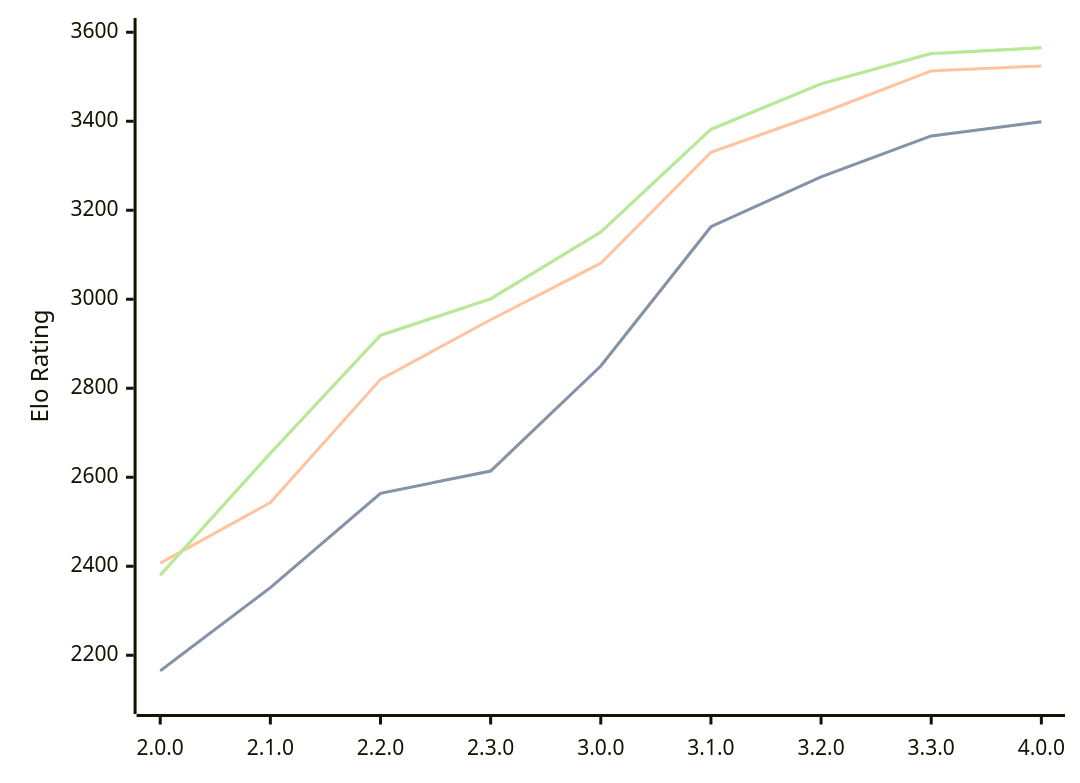
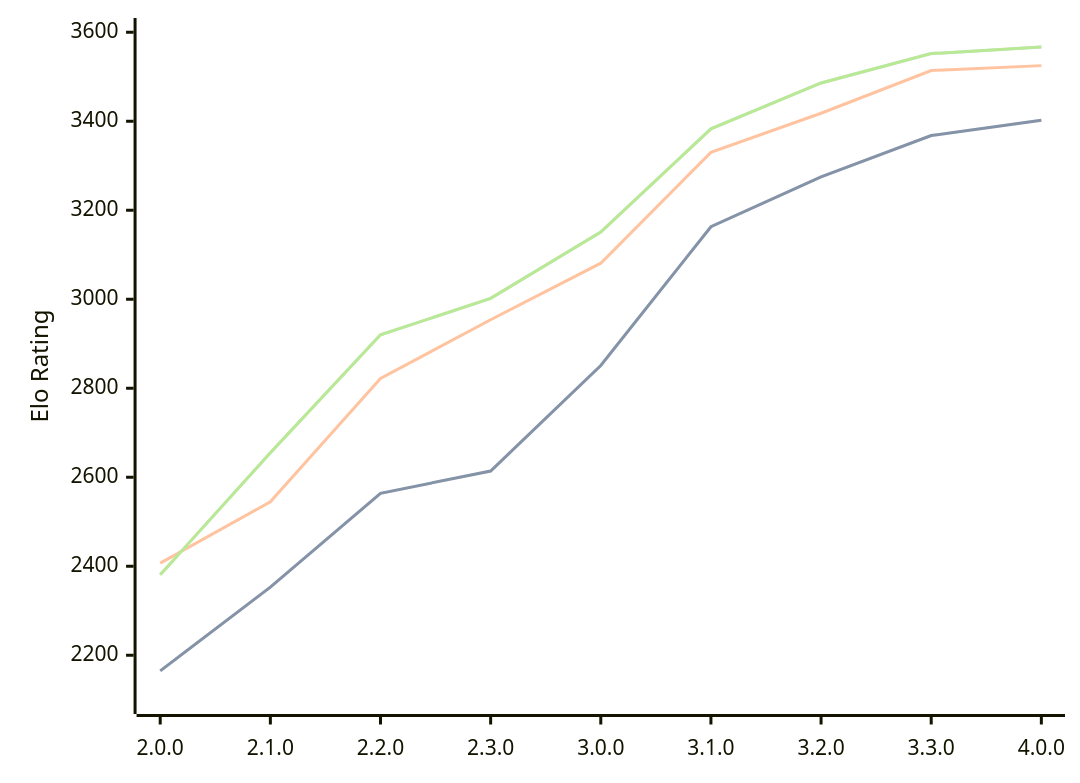
Before and after one commit to computer-chess-index/cci: the diagram in engines/Raphael.md, drawn with Mermaid. The commit also changed other lines of this file, not shown here.

Commit message:
Update CCI Ratings (ELO VLTC) - 2026-05-04

````diff
--- a/engines/Raphael.md
+++ b/engines/Raphael.md
@@ -51,11 +51,11 @@
 ```mermaid
 %%{init: {"theme":"base","themeVariables":{"seriesColors:['#a3a3a3','#222221','#faa371']}}}%%
 xychart-beta
   x-axis ["2.0.0", "2.1.0", "2.2.0", "2.3.0", "3.0.0", "3.1.0", "3.2.0", "3.3.0", "4.0.0"]
   y-axis "Elo Rating" 2100 --> 3600
-  line "STC (8.0+0.08s)" [2165, 2352, 2564, 2614, 2850, 3163, 3275, 3367, 3399]
-  line "STC (8.0+0.08s)" [2165, 2352, 2564, 2614, 2850, 3163, 3275, 3367, 3399]
-  line "LTC (60.0+0.60s)" [2407, 2543, 2820, 2954, 3081, 3330, 3418, 3513, 3524]
-  line "VLTC (2m24s+1.12s)" [2380, 2654, 2919, 3001, 3151, 3382, 3484, 3552, 3565]
-  line "VLTC (2m24s+1.12s)" [2380, 2654, 2919, 3001, 3151, 3382, 3484, 3552, 3565]
+  line "STC (8.0+0.08s)" [2165, 2353, 2564, 2614, 2851, 3163, 3275, 3368, 3402]
+  line "STC (8.0+0.08s)" [2165, 2353, 2564, 2614, 2851, 3163, 3275, 3368, 3402]
+  line "LTC (60.0+0.60s)" [2407, 2545, 2822, 2954, 3081, 3330, 3418, 3514, 3525]
+  line "VLTC (2m24s+1.12s)" [2381, 2655, 2920, 3002, 3151, 3383, 3486, 3552, 3567]
+  line "VLTC (2m24s+1.12s)" [2381, 2655, 2920, 3002, 3151, 3383, 3486, 3552, 3567]
 ```
````
